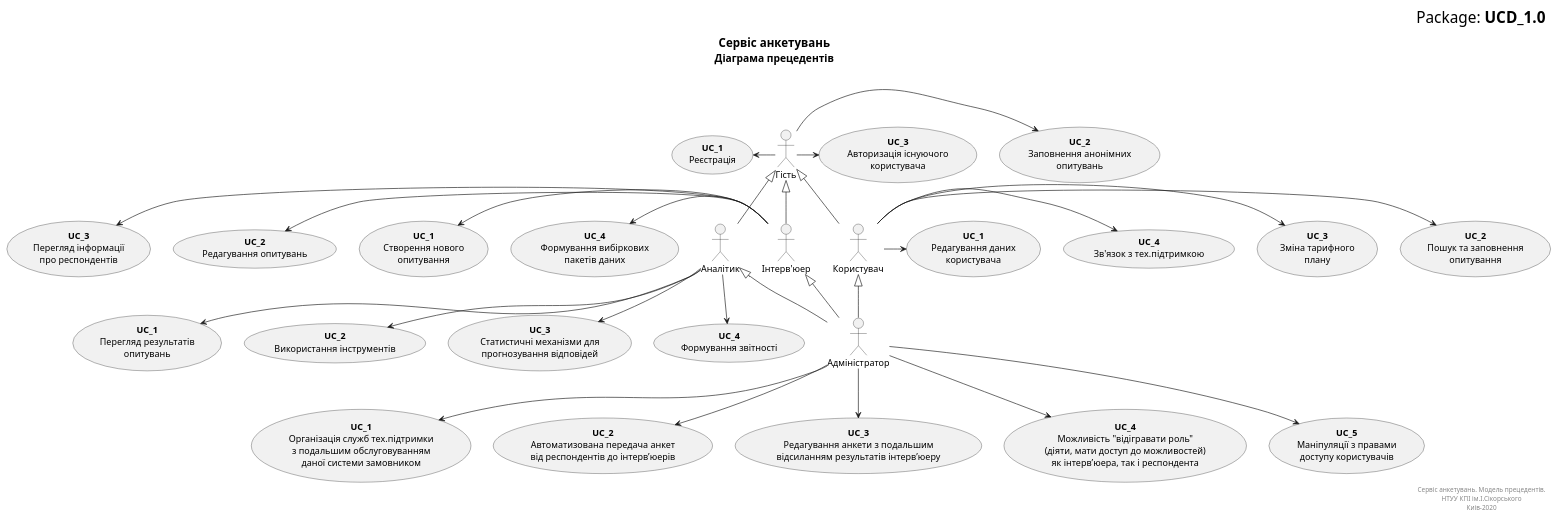
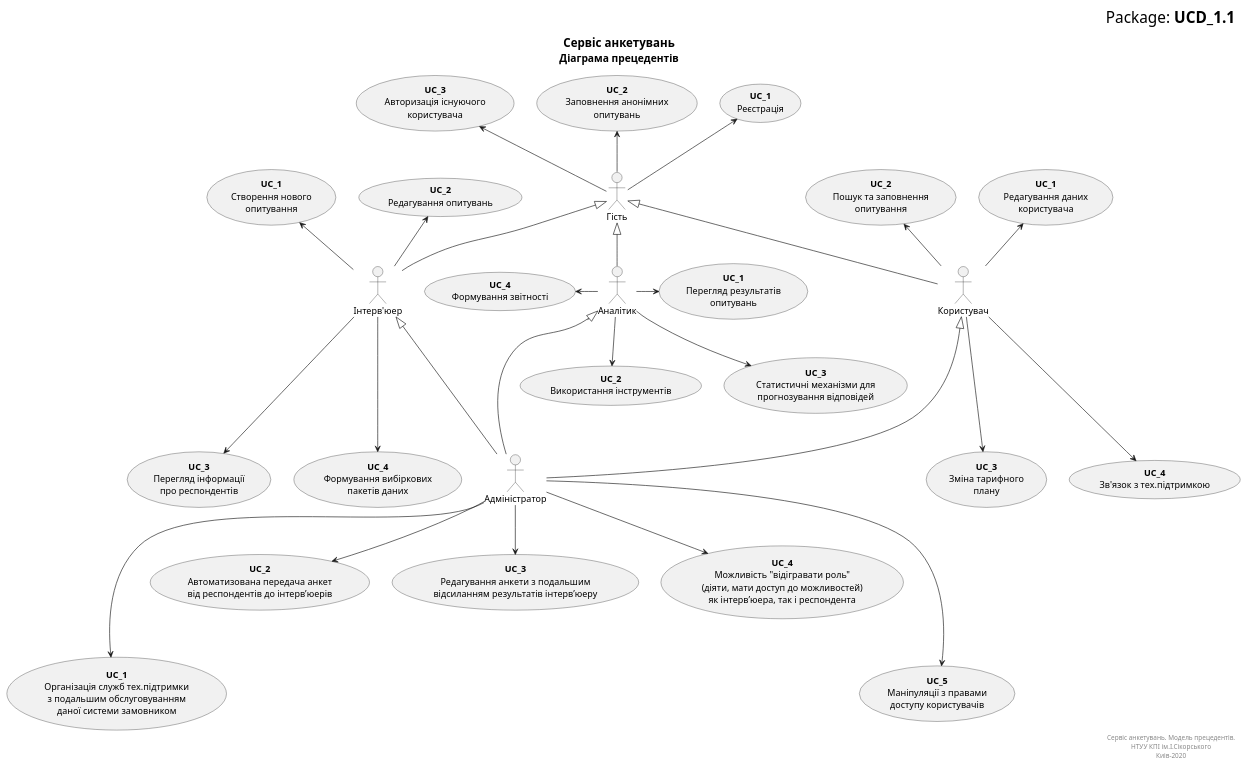
The diagram in Doc/UMLDiagrams/general/Diagram/UML/generalModelUML.pu (ip-85/System-Dynamics), drawn with PlantUML before and after one commit.

Commit message:
UML global 1.1

```diff
--- a/Doc/UMLDiagrams/general/Diagram/UML/generalModelUML.pu
+++ b/Doc/UMLDiagrams/general/Diagram/UML/generalModelUML.pu
@@ -1,88 +1,88 @@
 @startuml ModelView
 right header
-  <font size=24 color=black>Package: <b>UCD_1.0
+  <font size=24 color=black>Package: <b>UCD_1.1
 end header
   
 title
 <font size=18 color=black>Сервіс анкетувань
 <font size=16 color=black>Діаграма прецедентів
 end title
 
 actor "Гість" as Guest
 actor "Користувач" as User
 actor "Аналітик" as Analyst
 actor "Інтерв'юер" as Interviewer
 actor "Адміністратор" as Admin
 
 ' UCes for Guest:
 usecase "<b>UC_1</b>\nРеєстрація" as UC1_Guest
 usecase "<b>UC_2</b>\nЗаповнення анонімних\nопитувань" as UC2_Guest
 usecase "<b>UC_3</b>\nАвторизація існуючого\nкористувача" as UC3_Guest
 
 ' UCes for User:
 usecase "<b>UC_1</b>\nРедагування даних\nкористувача" as UC1_User
 usecase "<b>UC_2</b>\nПошук та заповнення\nопитування" as UC2_User
 usecase "<b>UC_3</b>\nЗміна тарифного\nплану" as UC3_User
 usecase "<b>UC_4</b>\nЗв'язок з тех.підтримкою" as UC4_User
 
 ' UCes for Analyst:
 usecase "<b>UC_1</b>\nПерегляд результатів\nопитувань" as UC1_Analyst
 usecase "<b>UC_2</b>\nВикористання інструментів" as UC2_Analyst
 usecase "<b>UC_3</b>\nСтатистичні механізми для\nпрогнозування відповідей" as UC3_Analyst
 usecase "<b>UC_4</b>\nФормування звітності" as UC4_Analyst
 
 ' UCes for Interviewer:
 usecase "<b>UC_1</b>\nСтворення нового\nопитування" as UC1_Interviewer
 usecase "<b>UC_2</b>\nРедагування опитувань" as UC2_Interviewer
 usecase "<b>UC_3</b>\nПерегляд інформації\nпро респондентів" as UC3_Interviewer
 usecase "<b>UC_4</b>\nФормування вибіркових\nпакетів даних" as UC4_Interviewer
 
 ' UCes for Admin:
 usecase "<b>UC_1</b>\nОрганізація служб тех.підтримки\nз подальшим обслуговуванням\nданої системи замовником" as UC1_Admin
 usecase "<b>UC_2</b>\nАвтоматизована передача анкет\nвід респондентів до інтерв’юерів" as UC2_Admin
 usecase "<b>UC_3</b>\nРедагування анкети з подальшим\nвідсиланням результатів інтерв’юеру" as UC3_Admin
 usecase "<b>UC_4</b>\nМожливість "відігравати роль"\n(діяти, мати доступ до можливостей)\nяк інтерв’юера, так і респондента" as UC4_Admin
 usecase "<b>UC_5</b>\nМаніпуляції з правами\nдоступу користувачів" as UC5_Admin
 
 ' Actors connections
 User -u-|> Guest
 Interviewer -u-|> Guest
 Analyst -u-|> Guest
 
-Admin -u-|> User
-Admin -u-|> Interviewer
-Admin -u-|> Analyst
+Admin -u--|> User
+Admin -u--|> Interviewer
+Admin -u--|> Analyst
 
 ' UCes connectios
-Guest -l-> UC1_Guest
-Guest -r-> UC2_Guest
-Guest -r-> UC3_Guest
+Guest -u-> UC1_Guest
+Guest -u-> UC2_Guest
+Guest -u-> UC3_Guest
 
-User -r-> UC1_User
-User -r-> UC2_User
-User -r-> UC3_User
-User -r-> UC4_User
+User -u-> UC1_User
+User -u-> UC2_User
+User -d--> UC3_User
+User -d--> UC4_User
 
-Analyst -d-> UC1_Analyst
+Analyst -r-> UC1_Analyst
 Analyst -d-> UC2_Analyst
 Analyst -d-> UC3_Analyst
-Analyst -d-> UC4_Analyst
+Analyst -l-> UC4_Analyst
 
-Interviewer -l-> UC1_Interviewer
-Interviewer -l-> UC2_Interviewer
-Interviewer -l-> UC3_Interviewer
-Interviewer -l-> UC4_Interviewer
+Interviewer -u-> UC1_Interviewer
+Interviewer -u-> UC2_Interviewer
+Interviewer -d--> UC3_Interviewer
+Interviewer -d--> UC4_Interviewer
 
-Admin -d-> UC1_Admin
+Admin -d--> UC1_Admin
 Admin -d-> UC2_Admin
 Admin -d-> UC3_Admin
 Admin -d-> UC4_Admin
-Admin -d-> UC5_Admin
+Admin -d--> UC5_Admin
 
 right footer
 Сервіс анкетувань. Модель прецедентів.
 НТУУ КПІ ім.І.Сікорського
 Киів-2020
 end footer
 
 @enduml
```
